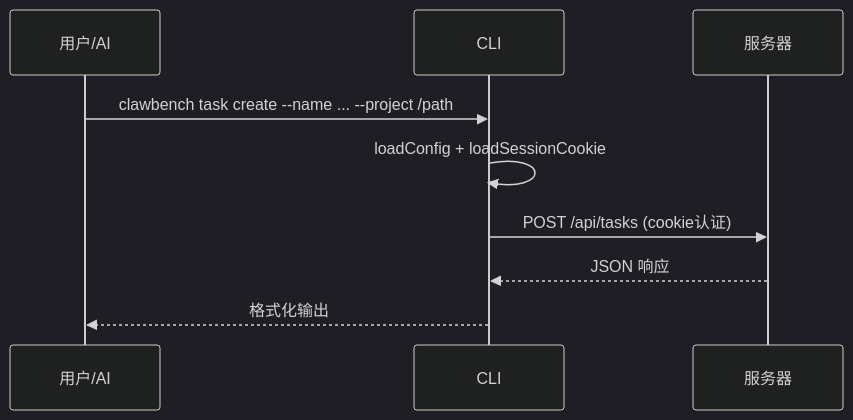
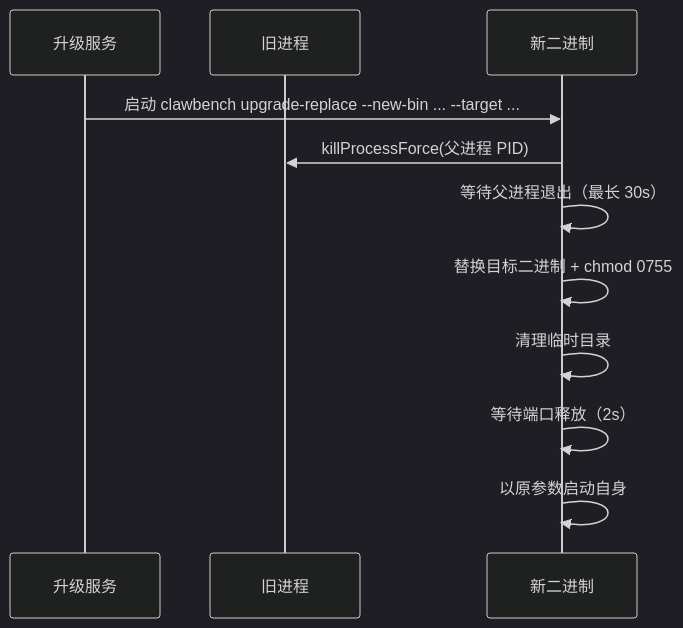
One commit to clawbench-dev/clawbench changed the diagram in docs/spec/infra/cli-reference.md. Above: the diagram before and after it, drawn with Mermaid (dark theme). The commit also changed other lines of this file and 10 other files, not shown here.

````diff
--- a/docs/spec/infra/cli-reference.md
+++ b/docs/spec/infra/cli-reference.md
@@ -9,12 +13,14 @@
 ```mermaid
 sequenceDiagram
-    participant 用户/AI
-    participant CLI
-    participant 服务器
+    participant 升级服务
+    participant 旧进程
+    participant 新二进制
 
-    用户/AI->>CLI: clawbench task create --name ... --project /path
-    CLI->>CLI: loadConfig + loadSessionCookie
-    CLI->>服务器: POST /api/tasks (cookie认证)
-    服务器-->>CLI: JSON 响应
-    CLI-->>用户/AI: 格式化输出
+    升级服务->>新二进制: 启动 clawbench upgrade-replace --new-bin ... --target ...
+    新二进制->>旧进程: killProcessForce(父进程 PID)
+    新二进制->>新二进制: 等待父进程退出（最长 30s）
+    新二进制->>新二进制: 替换目标二进制 + chmod 0755
+    新二进制->>新二进制: 清理临时目录
+    新二进制->>新二进制: 等待端口释放（2s）
+    新二进制->>新二进制: 以原参数启动自身
 ```
````
